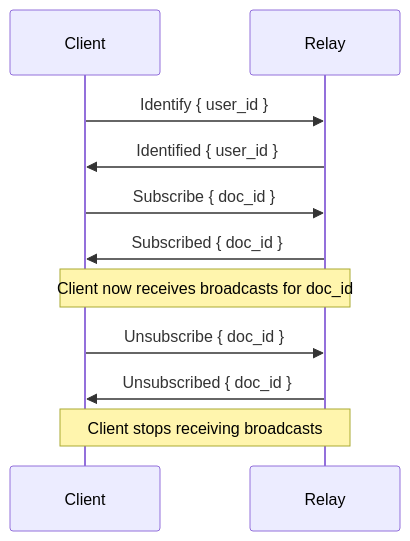
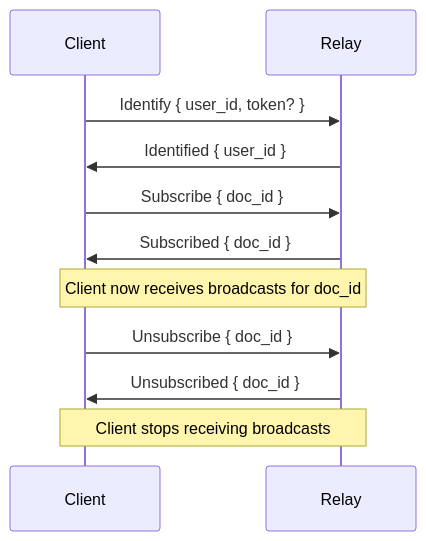
The seventh of 7 diagrams in docs/architecture.md (cajias/obsidian-ee), drawn with Mermaid before and after one commit. The commit also changed other lines of this file and 22 other files, not shown here.

````diff
--- a/docs/architecture.md
+++ b/docs/architecture.md
@@ -139,14 +138,14 @@
 ```mermaid
 sequenceDiagram
     participant Client
     participant Relay
 
-    Client->>Relay: Identify { user_id }
+    Client->>Relay: Identify { user_id, token? }
     Relay->>Client: Identified { user_id }
     Client->>Relay: Subscribe { doc_id }
     Relay->>Client: Subscribed { doc_id }
     Note over Client,Relay: Client now receives broadcasts for doc_id
     Client->>Relay: Unsubscribe { doc_id }
     Relay->>Client: Unsubscribed { doc_id }
     Note over Client,Relay: Client stops receiving broadcasts
 ```
````
